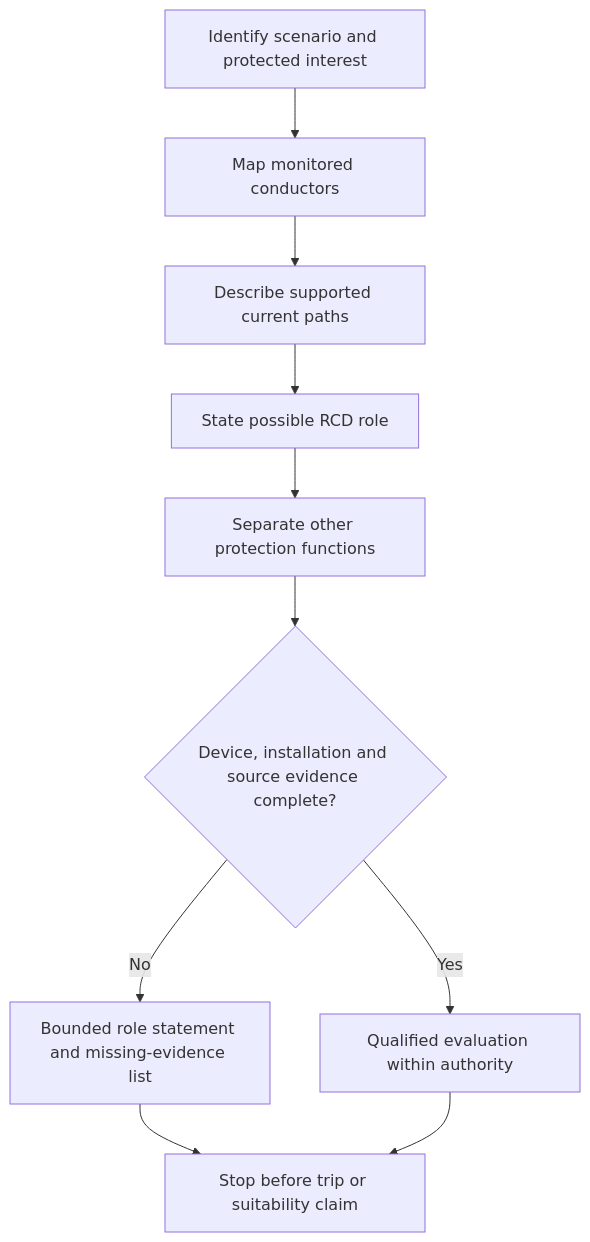
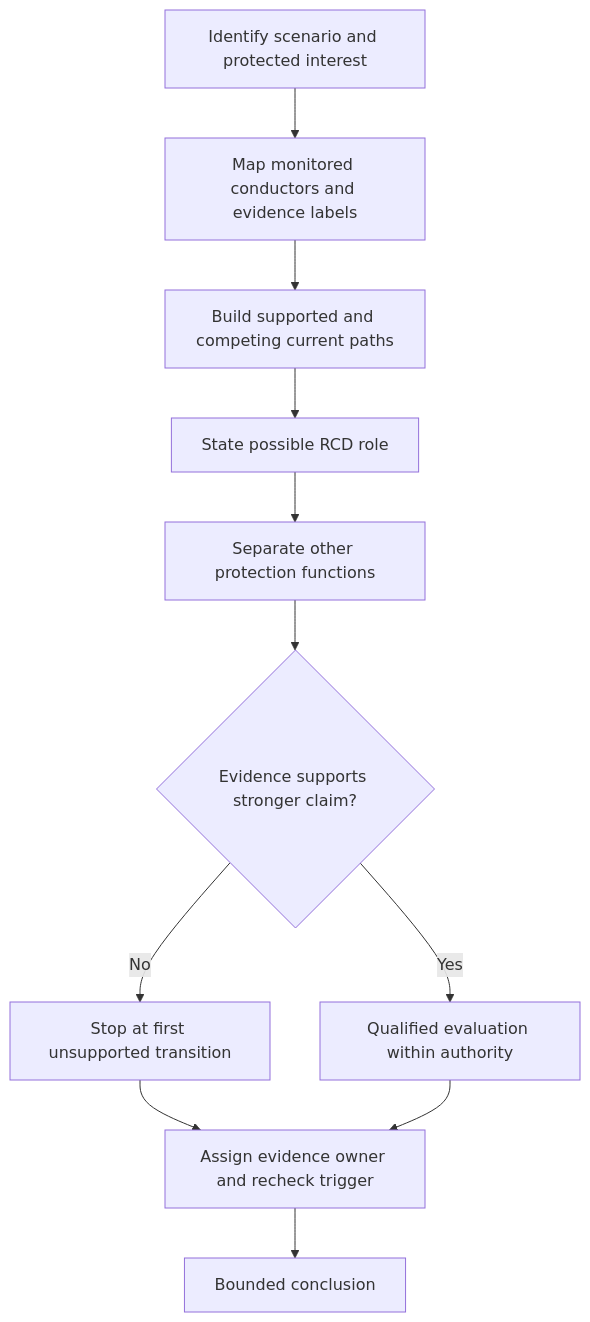
Before and after one commit to andrew3stedall/capstone: the first of 2 diagrams in docs/learning-plans/12-week/modules/day-11-rcd-purpose-limitations-and-interaction-with-other-protection.md, drawn with Mermaid. The commit also changed other lines of this file, not shown here.

````diff
--- a/docs/learning-plans/12-week/modules/day-11-rcd-purpose-limitations-and-interaction-with-other-protection.md
+++ b/docs/learning-plans/12-week/modules/day-11-rcd-purpose-limitations-and-interaction-with-other-protection.md
@@ -139,12 +131,13 @@
 ```mermaid
 flowchart TD
-    A["Identify scenario and protected interest"] --> B["Map monitored conductors"]
-    B --> C["Describe supported current paths"]
+    A["Identify scenario and protected interest"] --> B["Map monitored conductors and evidence labels"]
+    B --> C["Build supported and competing current paths"]
     C --> D["State possible RCD role"]
     D --> E["Separate other protection functions"]
-    E --> F{"Device, installation and source evidence complete?"}
-    F -->|"No"| G["Bounded role statement and missing-evidence list"]
+    E --> F{"Evidence supports stronger claim?"}
+    F -->|"No"| G["Stop at first unsupported transition"]
     F -->|"Yes"| H["Qualified evaluation within authority"]
-    G --> I["Stop before trip or suitability claim"]
+    G --> I["Assign evidence owner and recheck trigger"]
     H --> I
+    I --> J["Bounded conclusion"]
 ```
````
